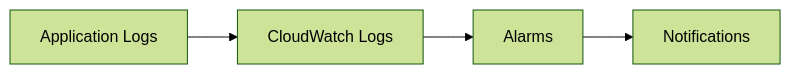
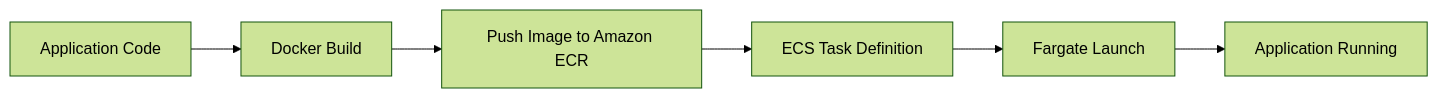
Before and after one commit to AniketFirke/-CI-CD-Projects: the seventh of 9 diagrams in README.md, drawn with Mermaid (forest theme). The commit also changed other lines of this file, not shown here.

````diff
--- a/README.md
+++ b/README.md
@@ -156,6 +163,9 @@
 ```mermaid
 flowchart LR
-    A[Application Logs] --> B[CloudWatch Logs]
-    B --> C[Alarms]
-    C --> D[Notifications]
+    A[Application Code] --> B[Docker Build]
+    B --> C[Push Image to Amazon ECR]
+    C --> D[ECS Task Definition]
+    D --> E[Fargate Launch]
+    E --> F[Application Running]
+
 ```
````
